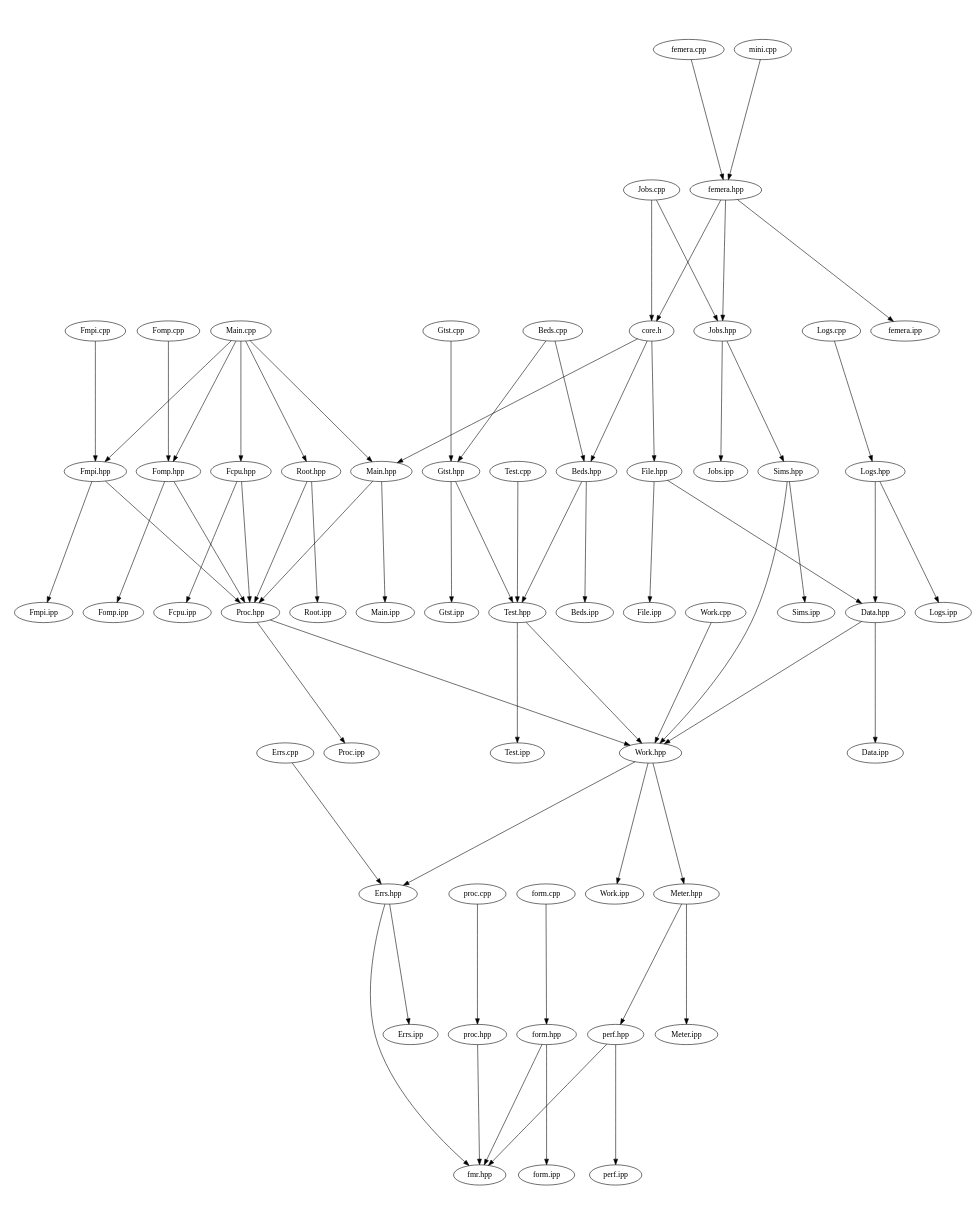
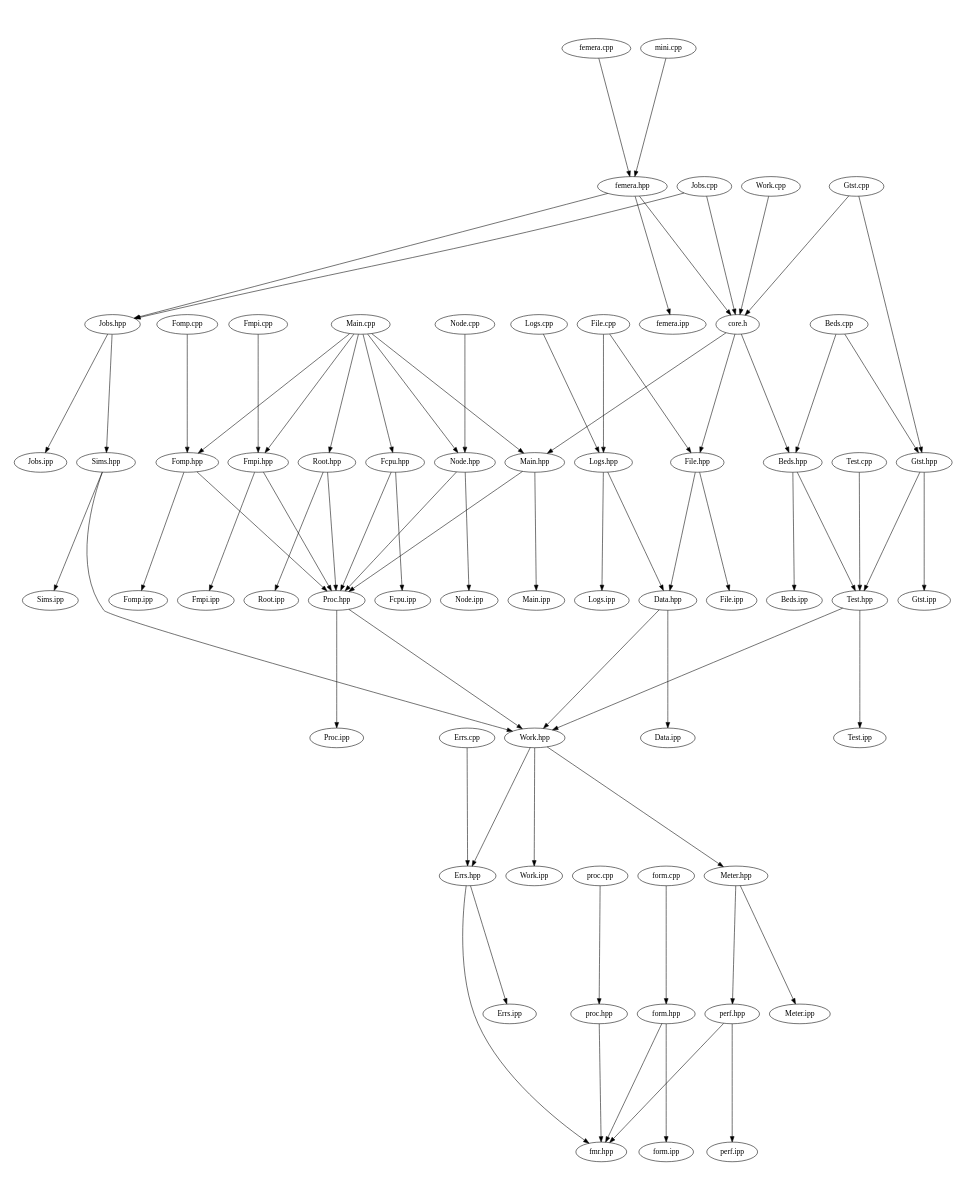
Before and after one commit to waggyz/femera-mini-app: the diagram in src/docs/src-notest.dot, drawn with Graphviz. The commit also changed 23 other files, not shown here.

```diff
--- a/src/docs/src-notest.dot
+++ b/src/docs/src-notest.dot
@@ -1,74 +1,81 @@
 digraph "source tree" {
     overlap=scale;
     size="8,10";
     ratio="fill";
     fontsize="16";
     fontname="Helvetica";
 	clusterrank="local";
+	"Gtst.cpp" -> "core.h"
 	"femera.hpp" -> "Jobs.hpp"
 	"Meter.hpp" -> "perf.hpp"
 	"Main.cpp" -> "Fomp.hpp"
 	"Sims.hpp" -> "Work.hpp"
 	"Errs.cpp" -> "Errs.hpp"
 	"femera.cpp" -> "femera.hpp"
 	"Work.hpp" -> "Errs.hpp"
 	"Fmpi.hpp" -> "Fmpi.ipp"
 	"Sims.hpp" -> "Sims.ipp"
 	"Jobs.hpp" -> "Jobs.ipp"
 	"Fomp.cpp" -> "Fomp.hpp"
 	"Logs.cpp" -> "Logs.hpp"
 	"proc.hpp" -> "fmr.hpp"
 	"Root.hpp" -> "Proc.hpp"
+	"Main.cpp" -> "Node.hpp"
 	"Main.cpp" -> "Main.hpp"
 	"Proc.hpp" -> "Proc.ipp"
 	"Beds.cpp" -> "Gtst.hpp"
+	"Node.cpp" -> "Node.hpp"
 	"Main.cpp" -> "Fmpi.hpp"
 	"core.h" -> "Main.hpp"
 	"Main.cpp" -> "Fcpu.hpp"
+	"Work.cpp" -> "core.h"
 	"perf.hpp" -> "fmr.hpp"
 	"Data.hpp" -> "Data.ipp"
 	"Work.hpp" -> "Work.ipp"
 	"Fmpi.hpp" -> "Proc.hpp"
 	"Test.hpp" -> "Work.hpp"
+	"Node.hpp" -> "Node.ipp"
 	"form.hpp" -> "form.ipp"
 	"Gtst.cpp" -> "Gtst.hpp"
 	"femera.hpp" -> "femera.ipp"
 	"Fcpu.hpp" -> "Proc.hpp"
 	"Fomp.hpp" -> "Proc.hpp"
 	"File.hpp" -> "File.ipp"
 	"Meter.hpp" -> "Meter.ipp"
 	"core.h" -> "File.hpp"
 	"Fomp.hpp" -> "Fomp.ipp"
 	"Logs.hpp" -> "Data.hpp"
 	"Gtst.hpp" -> "Gtst.ipp"
 	"form.cpp" -> "form.hpp"
+	"File.cpp" -> "File.hpp"
 	"perf.hpp" -> "perf.ipp"
 	"proc.cpp" -> "proc.hpp"
 	"Fmpi.cpp" -> "Fmpi.hpp"
+	"File.cpp" -> "Logs.hpp"
 	"core.h" -> "Beds.hpp"
 	"Errs.hpp" -> "fmr.hpp"
 	"Fcpu.hpp" -> "Fcpu.ipp"
-	"Work.cpp" -> "Work.hpp"
+	"Root.hpp" -> "Root.ipp"
 	"Errs.hpp" -> "Errs.ipp"
-	"Root.hpp" -> "Root.ipp"
 	"Main.hpp" -> "Main.ipp"
 	"Test.cpp" -> "Test.hpp"
 	"Beds.cpp" -> "Beds.hpp"
+	"Node.hpp" -> "Proc.hpp"
 	"Main.cpp" -> "Root.hpp"
 	"Jobs.hpp" -> "Sims.hpp"
 	"Jobs.cpp" -> "Jobs.hpp"
 	"Logs.hpp" -> "Logs.ipp"
 	"File.hpp" -> "Data.hpp"
 	"mini.cpp" -> "femera.hpp"
 	"Beds.hpp" -> "Test.hpp"
 	"Proc.hpp" -> "Work.hpp"
 	"form.hpp" -> "fmr.hpp"
 	"Gtst.hpp" -> "Test.hpp"
 	"Data.hpp" -> "Work.hpp"
 	"Beds.hpp" -> "Beds.ipp"
 	"femera.hpp" -> "core.h"
 	"Jobs.cpp" -> "core.h"
 	"Work.hpp" -> "Meter.hpp"
 	"Main.hpp" -> "Proc.hpp"
 	"Test.hpp" -> "Test.ipp"
 }
```
